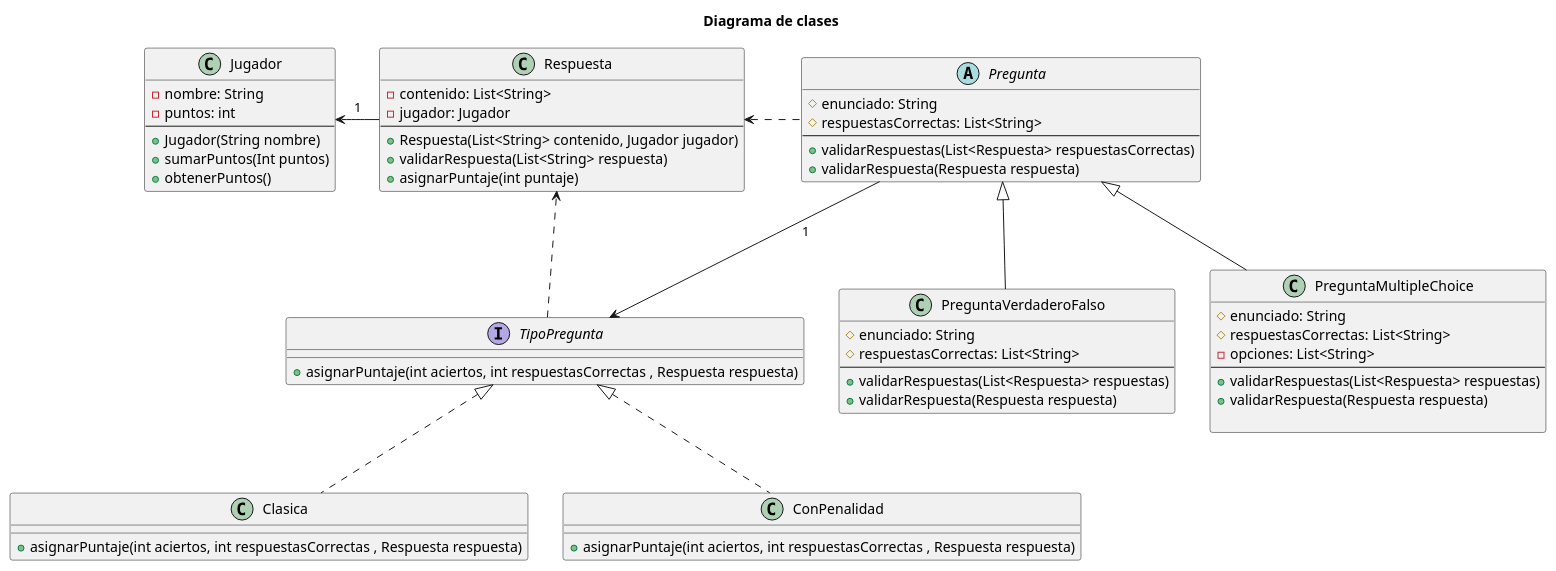
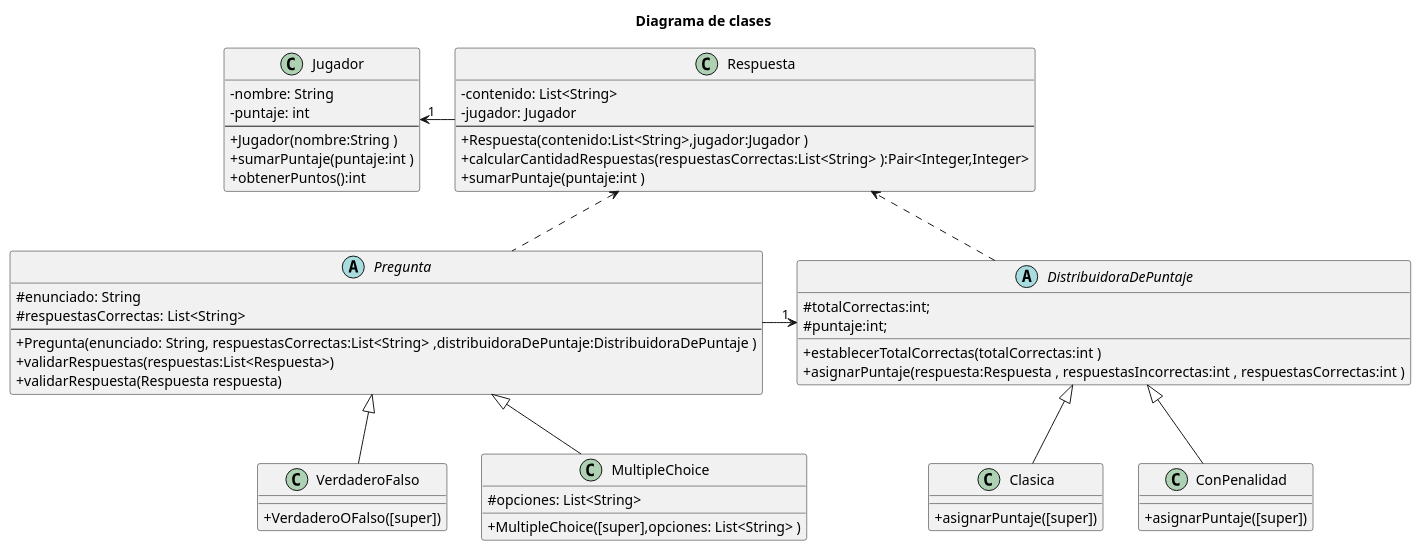
The diagram in diagrams/classes/diagrama_clase_entrega_1.puml (laldonate96/Algo3-TP2), drawn with PlantUML before and after one commit. The commit also changed 10 other files, not shown here.

Commit message:
Diagrama_clase_entrega_1 actualizado y corregido

```diff
--- a/diagrams/classes/diagrama_clase_entrega_1.puml
+++ b/diagrams/classes/diagrama_clase_entrega_1.puml
@@ -1,65 +1,62 @@
 @startuml diagrama de clases
+skinparam classAttributeIconSize 0
 title Diagrama de clases
 
 class Jugador{
     - nombre: String
-    - puntos: int
+    - puntaje: int
     ---
-    + Jugador(String nombre)
-    + sumarPuntos(Int puntos)
-    + obtenerPuntos()
+    + Jugador(nombre:String )
+    + sumarPuntaje(puntaje:int )
+    + obtenerPuntos():int
 }
 
 Class Respuesta {
     - contenido: List<String>
     - jugador: Jugador
     ---
-    + Respuesta(List<String> contenido, Jugador jugador)
-    + validarRespuesta(List<String> respuesta)
-    + asignarPuntaje(int puntaje)
+    + Respuesta(contenido:List<String>,jugador:Jugador )
+    + calcularCantidadRespuestas(respuestasCorrectas:List<String> ):Pair<Integer,Integer>
+    + sumarPuntaje(puntaje:int )
 }
 
-interface TipoPregunta {
-    + asignarPuntaje(int aciertos, int respuestasCorrectas , Respuesta respuesta)
+ abstract class DistribuidoraDePuntaje {
+     #totalCorrectas:int;
+     #puntaje:int;
+     + establecerTotalCorrectas(totalCorrectas:int )
+     + asignarPuntaje(respuesta:Respuesta , respuestasIncorrectas:int , respuestasCorrectas:int )
 }
 
-class Clasica implements TipoPregunta{
-    + asignarPuntaje(int aciertos, int respuestasCorrectas , Respuesta respuesta)
+class Clasica extends DistribuidoraDePuntaje{
+     + asignarPuntaje([super])
 }
 
-class ConPenalidad implements TipoPregunta{
-    + asignarPuntaje(int aciertos, int respuestasCorrectas , Respuesta respuesta)
+class ConPenalidad extends DistribuidoraDePuntaje{
+     + asignarPuntaje([super])
 }
 
 abstract class Pregunta {
     # enunciado: String
     # respuestasCorrectas: List<String>
     ---
-    + validarRespuestas(List<Respuesta> respuestasCorrectas)
+    + Pregunta(enunciado: String, respuestasCorrectas:List<String> ,distribuidoraDePuntaje:DistribuidoraDePuntaje )
+    + validarRespuestas(respuestas:List<Respuesta>)
     + validarRespuesta(Respuesta respuesta)
 }
 
-class PreguntaVerdaderoFalso extends Pregunta {
-    # enunciado: String
-    # respuestasCorrectas: List<String>
-    ---
-    + validarRespuestas(List<Respuesta> respuestas)
-    + validarRespuesta(Respuesta respuesta)
+class VerdaderoFalso extends Pregunta {
+    +VerdaderoOFalso([super])
 }
 
-class PreguntaMultipleChoice extends Pregunta {
-    # enunciado: String
-    # respuestasCorrectas: List<String>
-    - opciones: List<String>
-    ---
-    + validarRespuestas(List<Respuesta> respuestas)
-    + validarRespuesta(Respuesta respuesta)
+class MultipleChoice extends Pregunta {
+    #opciones: List<String>
+    +MultipleChoice([super],opciones: List<String> )
+    }
 
-}
 
-Respuesta -l-> Jugador: "1"
-Pregunta -r-> TipoPregunta: "1"
-Pregunta -l.> Respuesta
-TipoPregunta ..> Respuesta
+Jugador "1" <- Respuesta
+Pregunta -> "1" DistribuidoraDePuntaje
+Respuesta <.. Pregunta
+DistribuidoraDePuntaje ..> Respuesta
 
 @enduml
```
